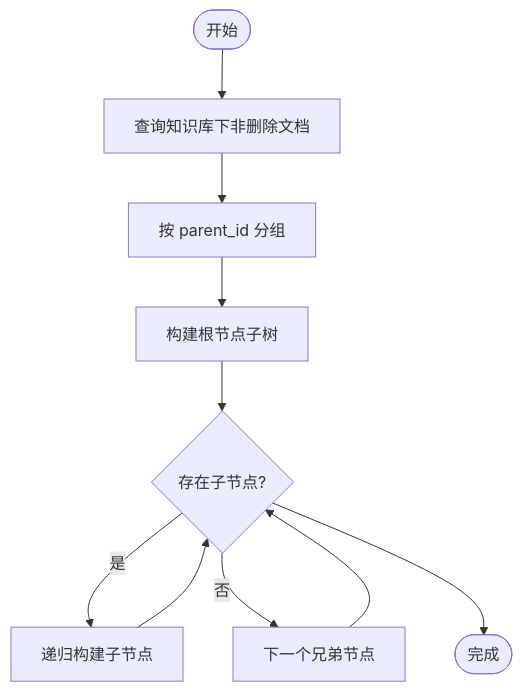
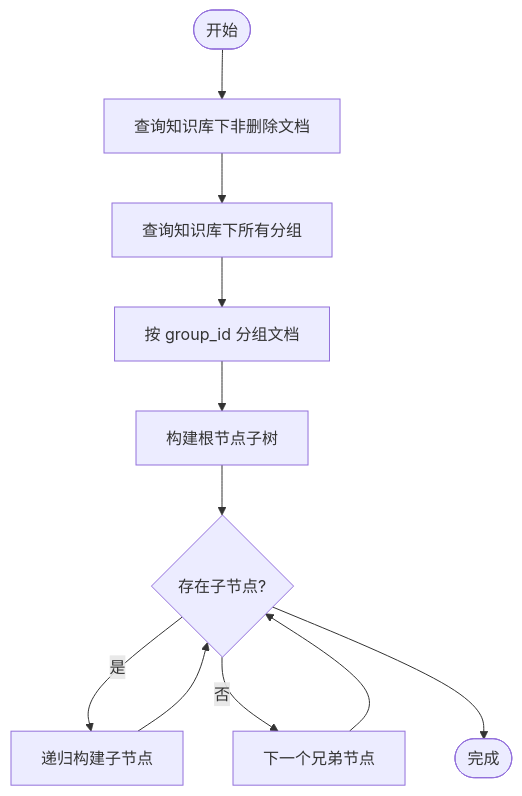
Before and after one commit to beyondalbert/my_wiki: the fourth of 8 diagrams in .qoder/repowiki/zh/content/数据模型设计/文档模型.md, drawn with Mermaid. The commit also changed other lines of this file and 5 other files, not shown here.

````diff
--- a/.qoder/repowiki/zh/content/数据模型设计/文档模型.md
+++ b/.qoder/repowiki/zh/content/数据模型设计/文档模型.md
@@ -269,12 +341,13 @@
 ```mermaid
 flowchart TD
 Start(["开始"]) --> LoadDocs["查询知识库下非删除文档"]
-LoadDocs --> Group["按 parent_id 分组"]
-Group --> BuildRoot["构建根节点子树"]
+LoadDocs --> LoadGroups["查询知识库下所有分组"]
+LoadGroups --> GroupDocs["按 group_id 分组文档"]
+GroupDocs --> BuildRoot["构建根节点子树"]
 BuildRoot --> Recur{"存在子节点?"}
 Recur --> |是| AddChild["递归构建子节点"]
 Recur --> |否| Next["下一个兄弟节点"]
 AddChild --> Recur
 Next --> Recur
 Recur --> Done(["完成"])
 ```
````
